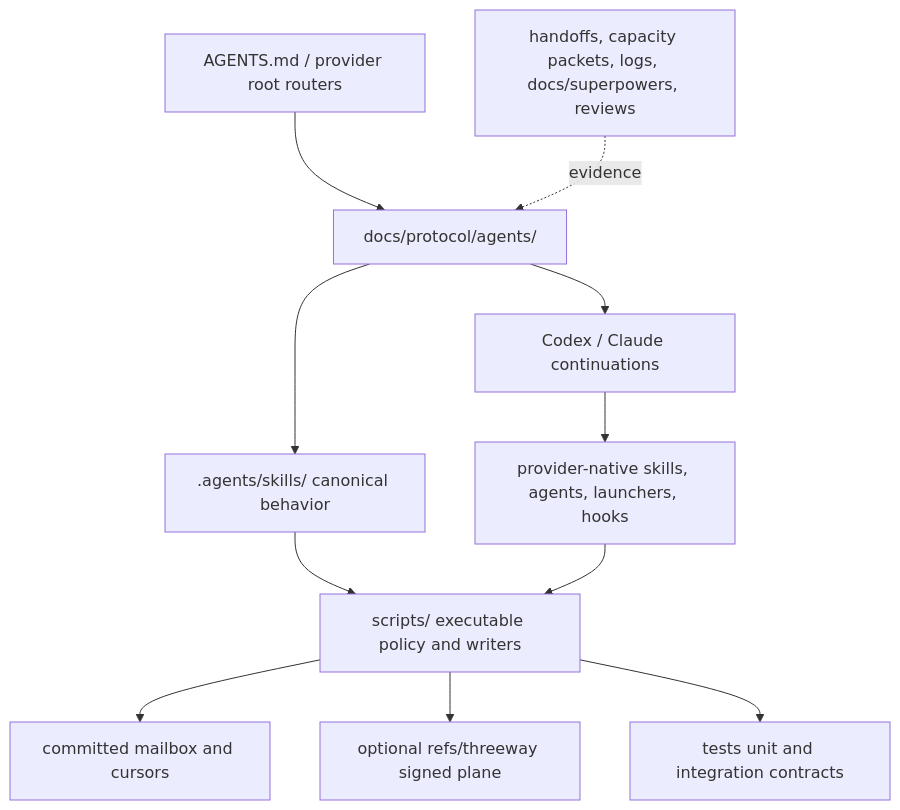
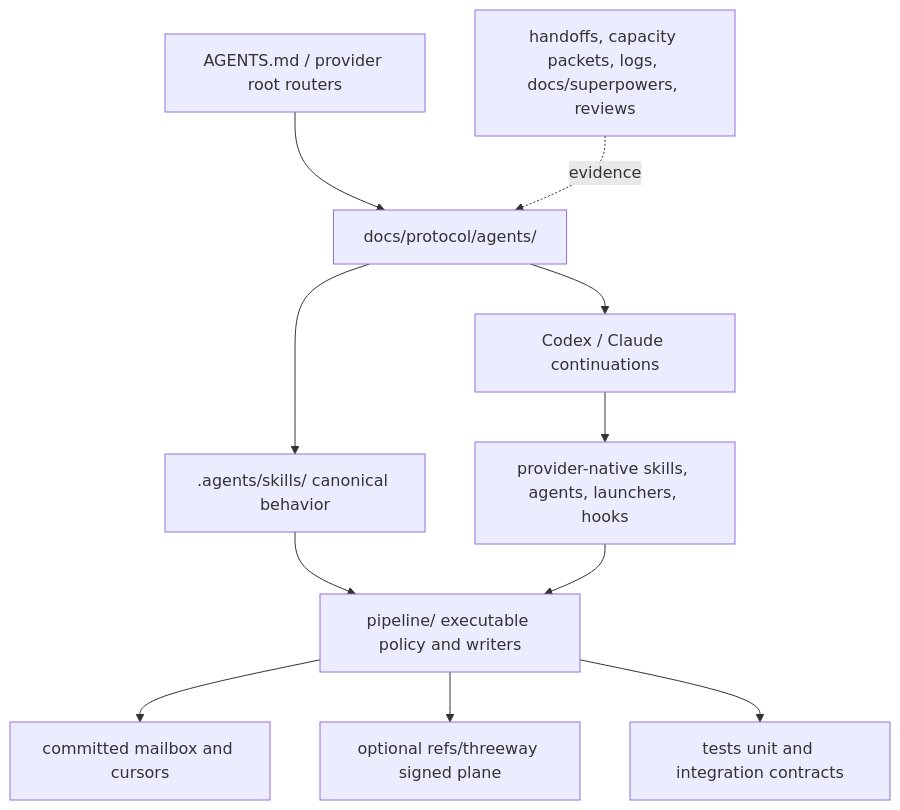
One commit to hkk009008-svg/governance-os changed the diagram in docs/protocol/protocol-assembly-map.md. Above: the diagram before and after it, drawn with Mermaid. The commit also changed other lines of this file and 145 other files, not shown here.

````diff
--- a/docs/protocol/protocol-assembly-map.md
+++ b/docs/protocol/protocol-assembly-map.md
@@ -6,13 +6,13 @@
 ```mermaid
 flowchart TD
   Root["AGENTS.md / provider root routers"] --> Policy["docs/protocol/agents/"]
   Policy --> Adapters["Codex / Claude continuations"]
   Policy --> Skills[".agents/skills/ canonical behavior"]
   Adapters --> Native["provider-native skills, agents, launchers, hooks"]
-  Skills --> Kernel["scripts/ executable policy and writers"]
+  Skills --> Kernel["pipeline/ executable policy and writers"]
   Native --> Kernel
   Kernel --> Mailbox["committed mailbox and cursors"]
   Kernel --> Bus["optional refs/threeway signed plane"]
   Kernel --> Tests["tests unit and integration contracts"]
   History["handoffs, capacity packets, logs, docs/superpowers, reviews"] -. evidence .-> Policy
 ```
````
